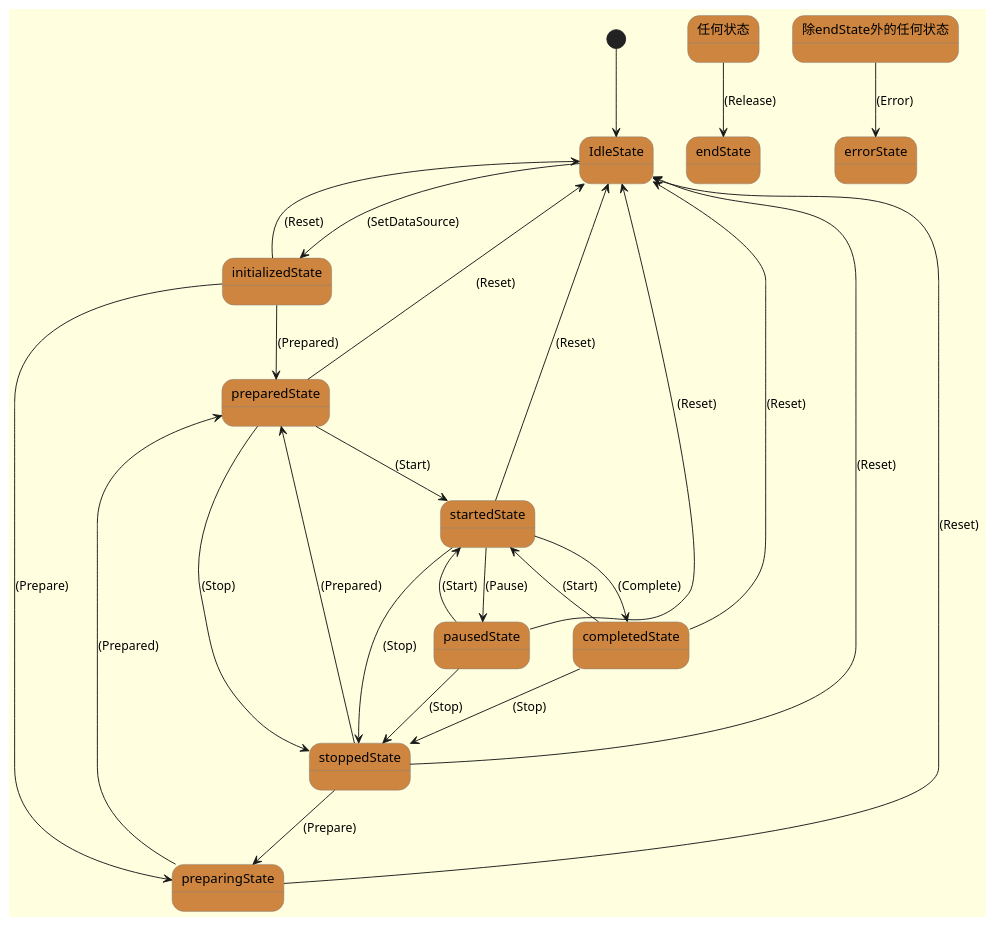
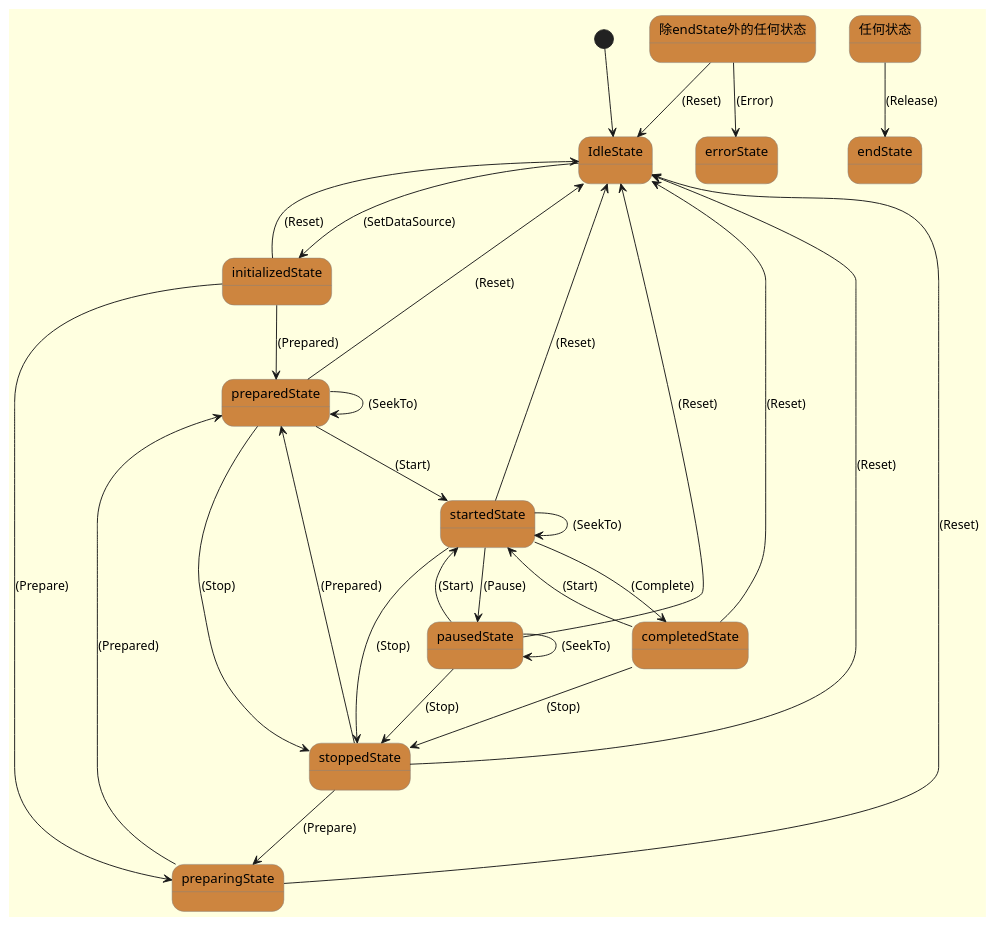
One commit to RicherLan/LanPlayer changed the diagram in beggarplayer-core/src/main/kotlin/com/beggar/beggarplayer/core/BeggarPlayerStates.puml. Above: the diagram before and after it, drawn with PlantUML.

Commit message:
uml增加seekTo

```diff
--- a/beggarplayer-core/src/main/kotlin/com/beggar/beggarplayer/core/BeggarPlayerStates.puml
+++ b/beggarplayer-core/src/main/kotlin/com/beggar/beggarplayer/core/BeggarPlayerStates.puml
@@ -1,56 +1,60 @@
 @startuml
     skinparam backgroundColor LightYellow
     skinparam state {
       StartColor MediumBlue
       EndColor Red
       BackgroundColor Peru
       BackgroundColor<<Warning>> Olive
       BorderColor Gray
       FontName Impact
     }
     [*]-->IdleState
+    除endState外的任何状态 --> IdleState : (Reset)
     任何状态 --> endState : (Release)
     除endState外的任何状态 --> errorState : (Error)
     state IdleState{
     }
     state initializedState{
     }
     state preparingState{
     }
     state preparedState{
     }
     state startedState{
     }
     state pausedState{
     }
     state stoppedState{
     }
     state completedState{
     }
     state errorState{
     }
     state endState{
     }
     initializedState --> IdleState : (Reset)
     initializedState --> preparingState : (Prepare)
     initializedState --> preparedState : (Prepared)
     preparingState --> IdleState : (Reset)
     preparingState --> preparedState : (Prepared)
     preparedState --> IdleState : (Reset)
     preparedState --> startedState : (Start)
     preparedState --> stoppedState : (Stop)
+    preparedState --> preparedState : (SeekTo)
     startedState --> IdleState : (Reset)
     startedState --> pausedState : (Pause)
     startedState --> stoppedState : (Stop)
     startedState --> completedState : (Complete)
+    startedState --> startedState : (SeekTo)
     pausedState --> IdleState : (Reset)
     pausedState --> startedState : (Start)
     pausedState --> stoppedState : (Stop)
+    pausedState --> pausedState : (SeekTo)
     stoppedState --> IdleState : (Reset)
     stoppedState --> preparingState : (Prepare)
     stoppedState --> preparedState : (Prepared)
     completedState --> IdleState : (Reset)
     completedState --> startedState : (Start)
     completedState --> stoppedState : (Stop)
     IdleState --> initializedState : (SetDataSource)
     @enduml
```
